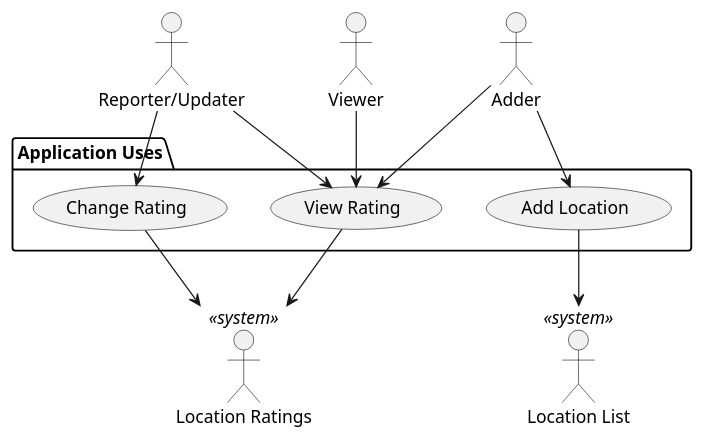
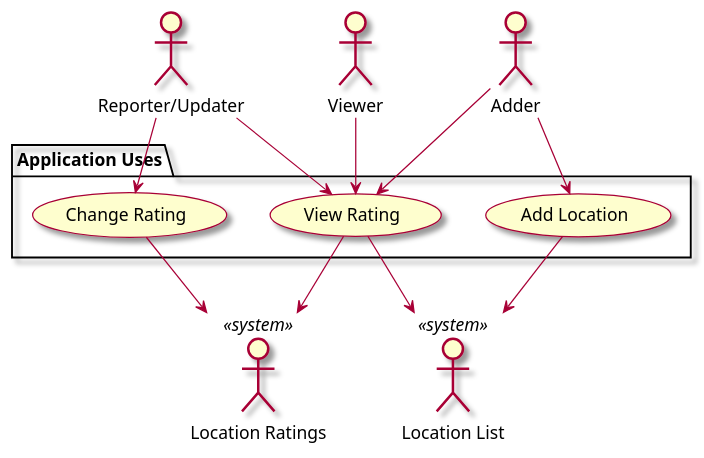
One commit to manoushpajouh/Vassar-Crowdmeter changed the diagram in intellij/documentation/vision.md. Above: the diagram before and after it, drawn with PlantUML. The commit also changed other lines of this file and 1 other file, not shown here.

````diff
--- a/intellij/documentation/vision.md
+++ b/intellij/documentation/vision.md
@@ -40,29 +39,32 @@
 ```plantuml
 @startuml
+skin rose 
+
 ' human actors
 actor "Reporter/Updater" as updater
 actor "Viewer" as viewer
 actor "Adder" as adder
 
 ' system actors
 actor "Location Ratings" <<system>> as locationRatings
 actor "Location List" <<system>> as allLocations
 
 ' list all use cases in package
 package "Application Uses" {
 usecase "View Rating" as viewRate
 usecase "Change Rating" as changeRate
 usecase "Add Location" as addLocation
 }
 ' list relationships between actors and use cases
 viewer --> viewRate
 updater --> changeRate
 updater --> viewRate
 adder --> addLocation
 adder --> viewRate
 changeRate --> locationRatings
 viewRate --> locationRatings
+viewRate --> allLocations
 addLocation--> allLocations
 
 @enduml
 ```
````
